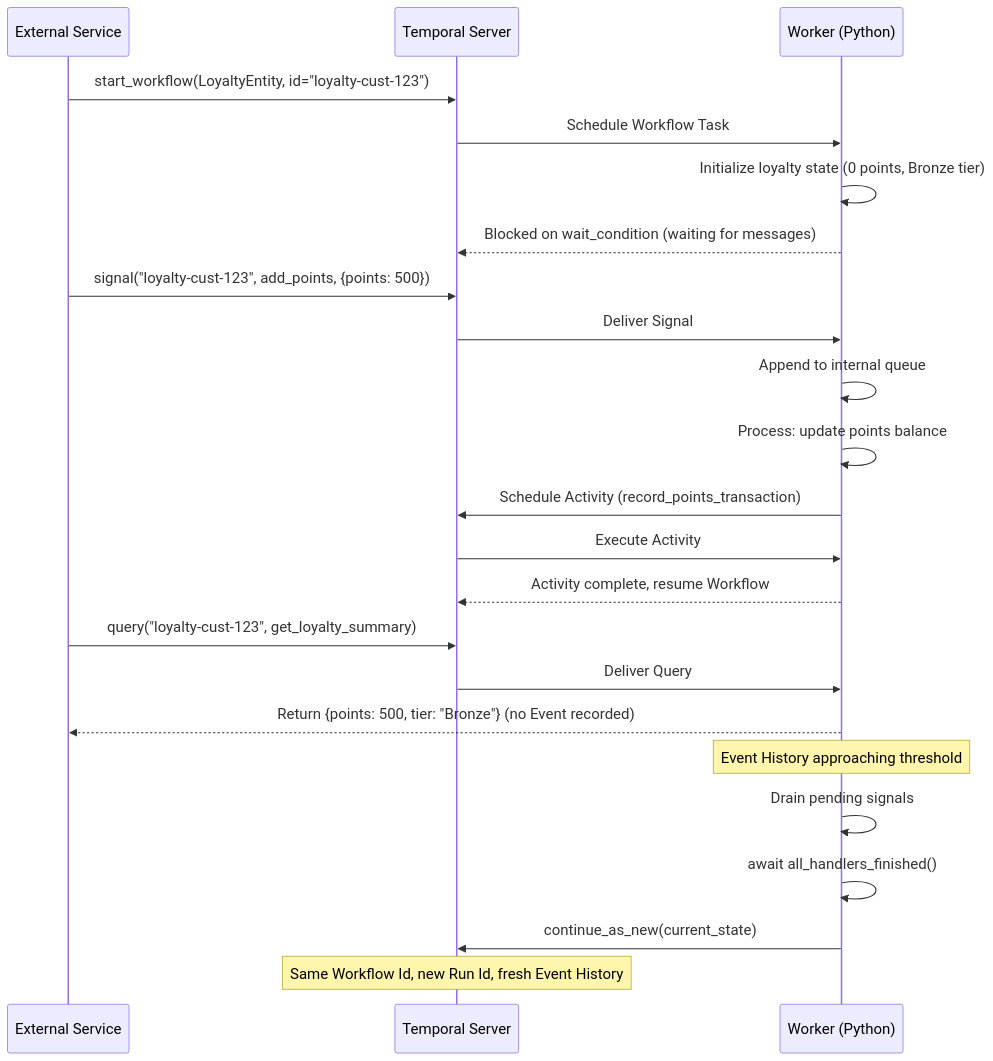
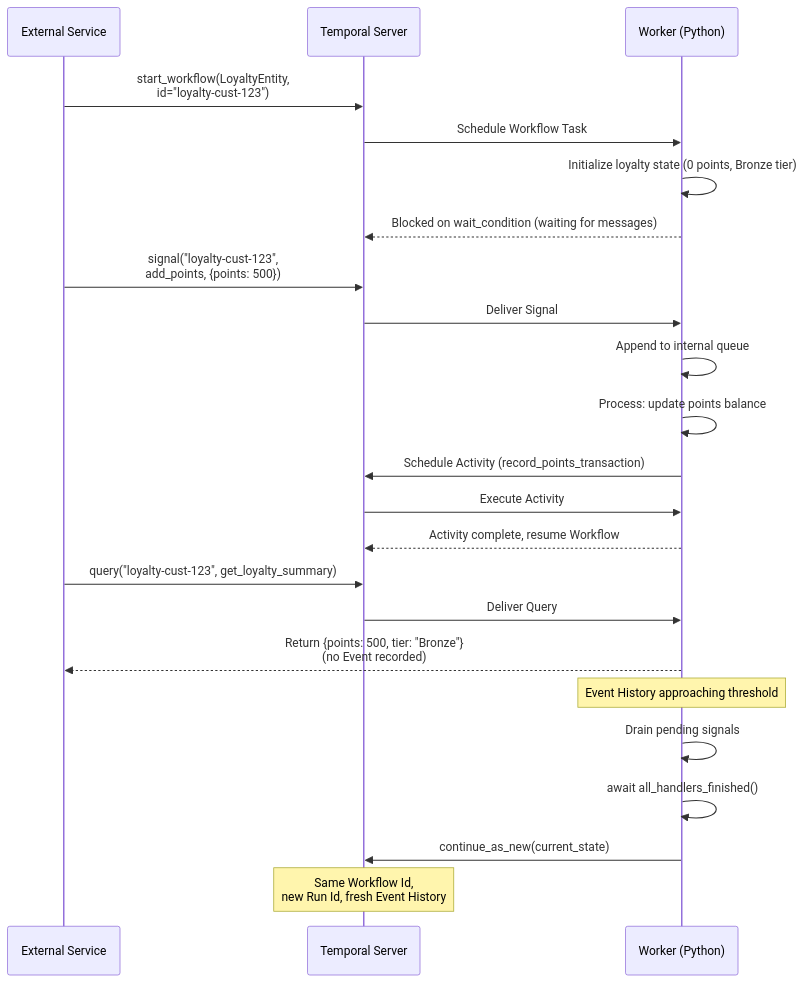
Before and after one commit to temporalio/documentation: the first of 2 diagrams in docs/guides/entity-pattern-loyalty-points.mdx, drawn with Mermaid. The commit also changed other lines of this file and 15 other files, not shown here.

First line of the commit message:
Refactor Mermaid diagrams for improved clarity and consistency across documentation

````diff
--- a/docs/guides/entity-pattern-loyalty-points.mdx
+++ b/docs/guides/entity-pattern-loyalty-points.mdx
@@ -133,34 +133,29 @@
 ```mermaid
----
-config:
-  theme: default
-  fontSize: 20px
----
 sequenceDiagram
     participant Client as External Service
     participant TS as Temporal Server
     participant W as Worker (Python)
 
-    Client->>TS: start_workflow(LoyaltyEntity, id="loyalty-cust-123")
+    Client->>TS: start_workflow(LoyaltyEntity,<br/>id="loyalty-cust-123")
     TS->>W: Schedule Workflow Task
     W->>W: Initialize loyalty state (0 points, Bronze tier)
     W-->>TS: Blocked on wait_condition (waiting for messages)
 
-    Client->>TS: signal("loyalty-cust-123", add_points, {points: 500})
+    Client->>TS: signal("loyalty-cust-123",<br/>add_points, {points: 500})
     TS->>W: Deliver Signal
     W->>W: Append to internal queue
     W->>W: Process: update points balance
     W->>TS: Schedule Activity (record_points_transaction)
     TS->>W: Execute Activity
     W-->>TS: Activity complete, resume Workflow
 
     Client->>TS: query("loyalty-cust-123", get_loyalty_summary)
     TS->>W: Deliver Query
-    W-->>Client: Return {points: 500, tier: "Bronze"} (no Event recorded)
+    W-->>Client: Return {points: 500, tier: "Bronze"}<br/>(no Event recorded)
 
     Note over W: Event History approaching threshold
     W->>W: Drain pending signals
     W->>W: await all_handlers_finished()
     W->>TS: continue_as_new(current_state)
-    Note over TS: Same Workflow Id, new Run Id, fresh Event History
+    Note over TS: Same Workflow Id,<br/>new Run Id, fresh Event History
 ```
````
